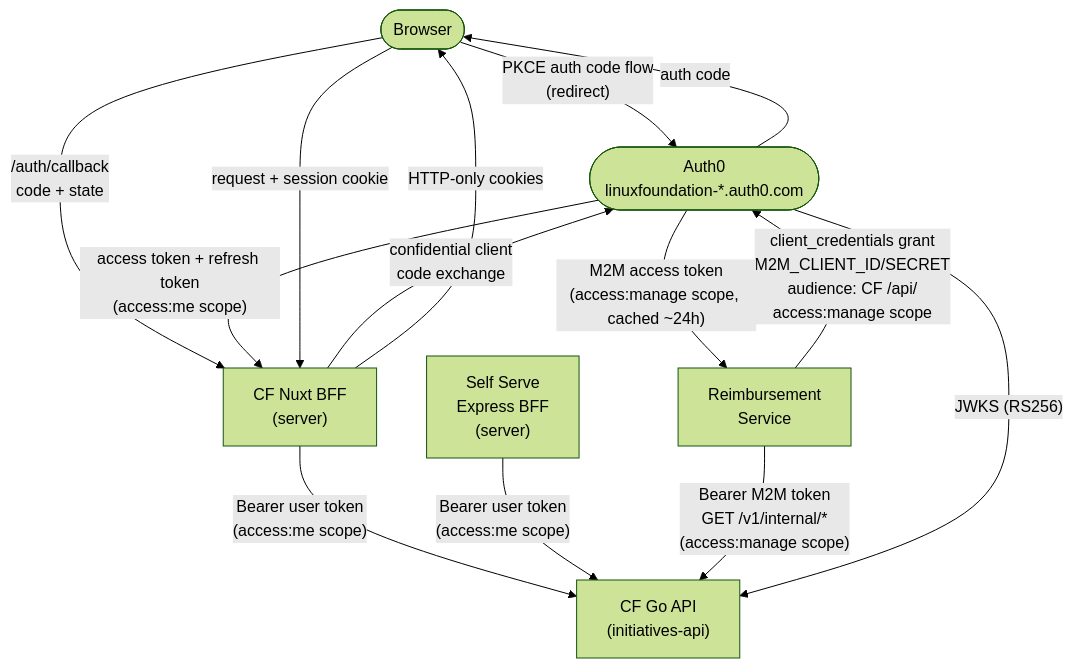
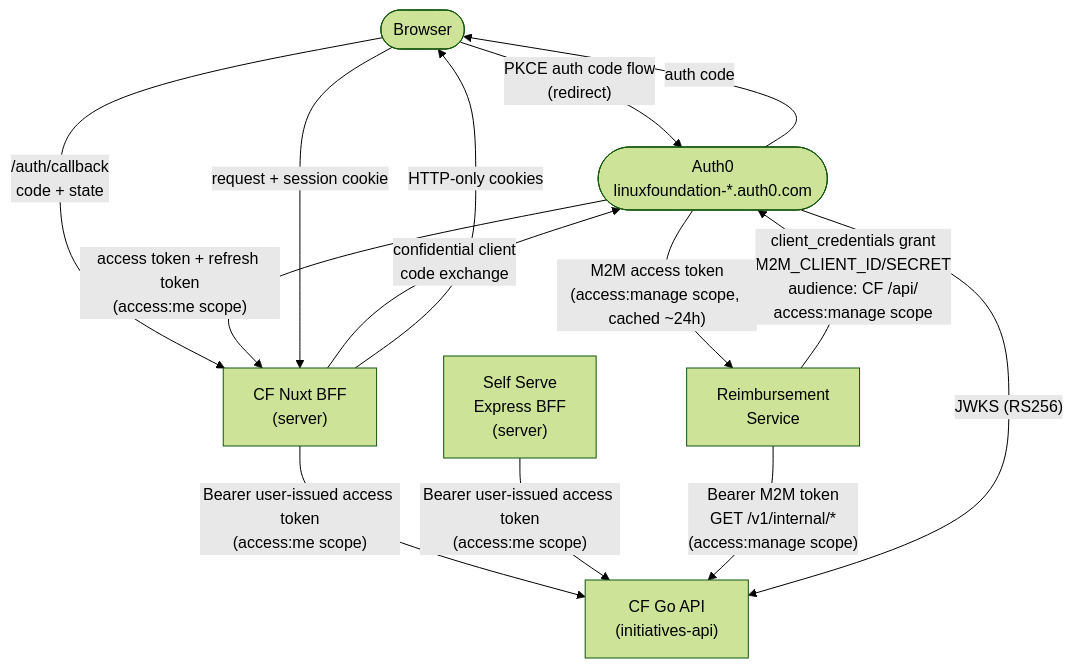
One commit to linuxfoundation/lfx-crowdfunding changed the first of 8 diagrams in backend/docs/rewrite/09-authentication-architecture.md. Above: the diagram before and after it, drawn with Mermaid (forest theme). The commit also changed other lines of this file and 1 other file, not shown here.

First line of the commit message:
docs(auth): precise token + claim terminology in 08/09

````diff
--- a/backend/docs/rewrite/09-authentication-architecture.md
+++ b/backend/docs/rewrite/09-authentication-architecture.md
@@ -52,26 +53,26 @@
 ```mermaid
 graph TD
     Browser([Browser])
     CFBFF["CF Nuxt BFF\n(server)"]
     CFAPI["CF Go API\n(initiatives-api)"]
     SSBFF["Self Serve\nExpress BFF\n(server)"]
     Reimburse["Reimbursement\nService"]
     Auth0(["Auth0\nlinuxfoundation-*.auth0.com"])
 
     Browser -->|"PKCE auth code flow\n(redirect)"| Auth0
     Auth0 -->|"auth code"| Browser
     Browser -->|"/auth/callback\ncode + state"| CFBFF
     CFBFF -->|"confidential client\ncode exchange"| Auth0
     Auth0 -->|"access token + refresh token\n(access:me scope)"| CFBFF
     CFBFF -->|"HTTP-only cookies"| Browser
     Browser -->|"request + session cookie"| CFBFF
-    CFBFF -->|"Bearer user token\n(access:me scope)"| CFAPI
+    CFBFF -->|"Bearer user-issued access token\n(access:me scope)"| CFAPI
 
-    SSBFF -->|"Bearer user token\n(access:me scope)"| CFAPI
+    SSBFF -->|"Bearer user-issued access token\n(access:me scope)"| CFAPI
 
     Reimburse -->|"client_credentials grant\nM2M_CLIENT_ID/SECRET\naudience: CF /api/\naccess:manage scope"| Auth0
     Auth0 -->|"M2M access token\n(access:manage scope, cached ~24h)"| Reimburse
     Reimburse -->|"Bearer M2M token\nGET /v1/internal/*\n(access:manage scope)"| CFAPI
 
     Auth0 -->|"JWKS (RS256)"| CFAPI
 ```
````
